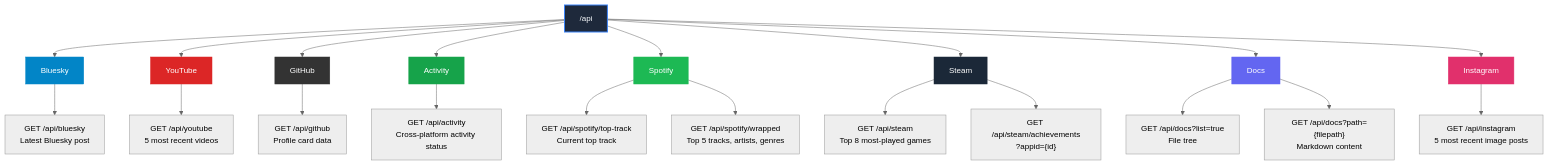
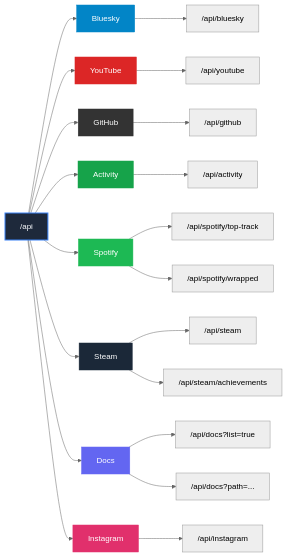
The diagram in docs/api/endpoint-map.md (lukadfagundes/sunny-stack), drawn with Mermaid (neutral theme) before and after one commit. The commit also changed 20 other files, not shown here.

Commit message:
feat(docs): Render Mermaid diagrams client-side and improve navigation

````diff
--- a/docs/api/endpoint-map.md
+++ b/docs/api/endpoint-map.md
@@ -7,42 +7,35 @@
 ```mermaid
-flowchart TD
+flowchart LR
     API["/api"]
 
     API --> Bluesky["Bluesky"]
     API --> YouTube["YouTube"]
     API --> GitHub["GitHub"]
     API --> Activity["Activity"]
     API --> Spotify["Spotify"]
     API --> Steam["Steam"]
     API --> Docs["Docs"]
     API --> Instagram["Instagram"]
 
-    Bluesky --> BS1["GET /api/bluesky<br/>Latest Bluesky post"]
-
-    YouTube --> YT1["GET /api/youtube<br/>5 most recent videos"]
-
-    GitHub --> GH1["GET /api/github<br/>Profile card data"]
-
-    Activity --> AC1["GET /api/activity<br/>Cross-platform activity status"]
-
-    Spotify --> SP1["GET /api/spotify/top-track<br/>Current top track"]
-    Spotify --> SP2["GET /api/spotify/wrapped<br/>Top 5 tracks, artists, genres"]
-
-    Steam --> ST1["GET /api/steam<br/>Top 8 most-played games"]
-    Steam --> ST2["GET /api/steam/achievements<br/>?appid={id}"]
-
-    Docs --> DC1["GET /api/docs?list=true<br/>File tree"]
-    Docs --> DC2["GET /api/docs?path={filepath}<br/>Markdown content"]
-
-    Instagram --> IG1["GET /api/instagram<br/>5 most recent image posts"]
+    Bluesky --> BS1["/api/bluesky"]
+    YouTube --> YT1["/api/youtube"]
+    GitHub --> GH1["/api/github"]
+    Activity --> AC1["/api/activity"]
+    Spotify --> SP1["/api/spotify/top-track"]
+    Spotify --> SP2["/api/spotify/wrapped"]
+    Steam --> ST1["/api/steam"]
+    Steam --> ST2["/api/steam/achievements"]
+    Docs --> DC1["/api/docs?list=true"]
+    Docs --> DC2["/api/docs?path=..."]
+    Instagram --> IG1["/api/instagram"]
 
     style API fill:#1e293b,color:#f8fafc,stroke:#3b82f6,stroke-width:2px
     style Bluesky fill:#0285c7,color:#fff,stroke:#0285c7
     style YouTube fill:#dc2626,color:#fff,stroke:#dc2626
     style GitHub fill:#333,color:#fff,stroke:#333
     style Activity fill:#16a34a,color:#fff,stroke:#16a34a
     style Spotify fill:#1db954,color:#fff,stroke:#1db954
     style Steam fill:#1b2838,color:#fff,stroke:#1b2838
     style Docs fill:#6366f1,color:#fff,stroke:#6366f1
     style Instagram fill:#e1306c,color:#fff,stroke:#e1306c
 ```
````
